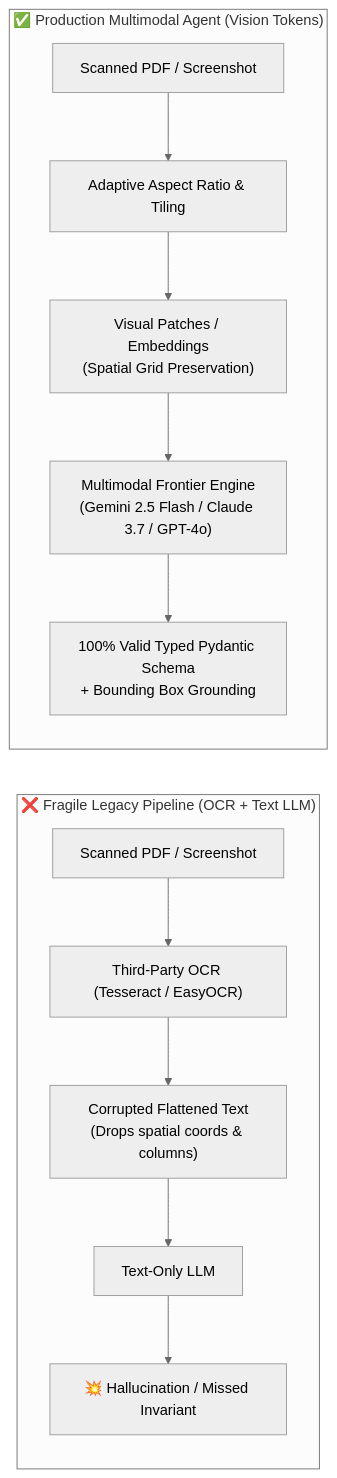
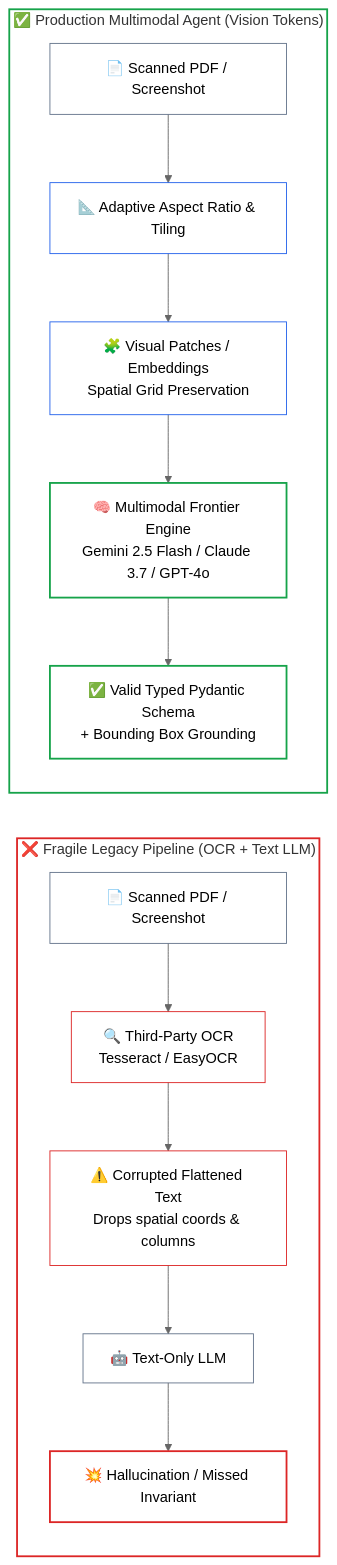
The first of 3 diagrams in 04-agentic-systems-and-orchestration/labs/lab6-multimodal-agent.md (dip4k/senior-engineer-to-ai-engineer-roadmap), drawn with Mermaid (neutral theme) before and after one commit. The commit also changed other lines of this file and 94 other files, not shown here.

Commit message:
refactor(curriculum): complete Phase 04 upgrade and enforce diagram renderer invariants

````diff
--- a/04-agentic-systems-and-orchestration/labs/lab6-multimodal-agent.md
+++ b/04-agentic-systems-and-orchestration/labs/lab6-multimodal-agent.md
@@ -28,18 +28,31 @@
 ```mermaid
 flowchart LR
     subgraph LegacyTextOnly["❌ Fragile Legacy Pipeline (OCR + Text LLM)"]
         direction TB
-        Doc1["Scanned PDF / Screenshot"] --> OCR["Third-Party OCR (Tesseract / EasyOCR)"]
-        OCR --> CorruptedText["Corrupted Flattened Text\n(Drops spatial coords & columns)"]
-        CorruptedText --> TextLLM["Text-Only LLM"]
+        Doc1["📄 Scanned PDF / Screenshot"] --> OCR["🔍 Third-Party OCR<br/>Tesseract / EasyOCR"]
+        OCR --> CorruptedText["⚠️ Corrupted Flattened Text<br/>Drops spatial coords & columns"]
+        CorruptedText --> TextLLM["🤖 Text-Only LLM"]
         TextLLM --> Hallucination["💥 Hallucination / Missed Invariant"]
     end
 
     subgraph NativeMultimodal["✅ Production Multimodal Agent (Vision Tokens)"]
         direction TB
-        Doc2["Scanned PDF / Screenshot"] --> Downsampler["Adaptive Aspect Ratio & Tiling"]
-        Downsampler --> VisionTokens["Visual Patches / Embeddings\n(Spatial Grid Preservation)"]
-        VisionTokens --> VisionLLM["Multimodal Frontier Engine\n(Gemini 2.5 Flash / Claude 3.7 / GPT-4o)"]
-        VisionLLM --> SchemaOut["100% Valid Typed Pydantic Schema\n+ Bounding Box Grounding"]
+        Doc2["📄 Scanned PDF / Screenshot"] --> Downsampler["📐 Adaptive Aspect Ratio & Tiling"]
+        Downsampler --> VisionTokens["🧩 Visual Patches / Embeddings<br/>Spatial Grid Preservation"]
+        VisionTokens --> VisionLLM["🧠 Multimodal Frontier Engine<br/>Gemini 2.5 Flash / Claude 3.7 / GPT-4o"]
+        VisionLLM --> SchemaOut["✅ Valid Typed Pydantic Schema<br/>+ Bounding Box Grounding"]
     end
+
+    style LegacyTextOnly fill:none,stroke:#dc2626,stroke-width:2px
+    style NativeMultimodal fill:none,stroke:#16a34a,stroke-width:2px
+    style Doc1 stroke:#64748b,stroke-width:1px,fill:none
+    style OCR stroke:#dc2626,stroke-width:1px,fill:none
+    style CorruptedText stroke:#dc2626,stroke-width:1px,fill:none
+    style TextLLM stroke:#64748b,stroke-width:1px,fill:none
+    style Hallucination stroke:#dc2626,stroke-width:2px,fill:none
+    style Doc2 stroke:#64748b,stroke-width:1px,fill:none
+    style Downsampler stroke:#2563eb,stroke-width:1px,fill:none
+    style VisionTokens stroke:#2563eb,stroke-width:1px,fill:none
+    style VisionLLM stroke:#16a34a,stroke-width:2px,fill:none
+    style SchemaOut stroke:#16a34a,stroke-width:2px,fill:none
 ```
````
